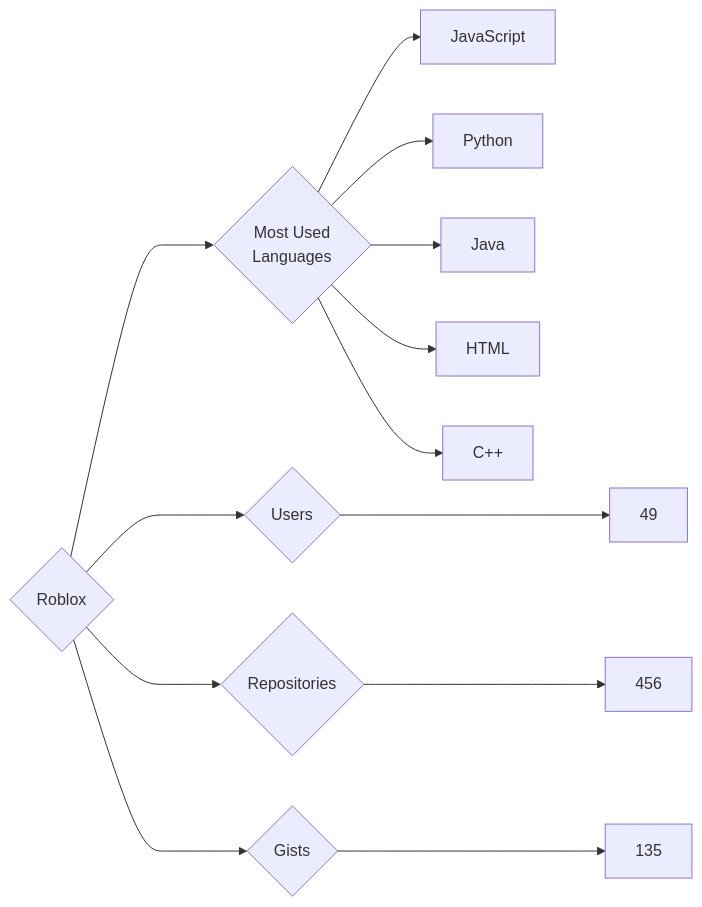
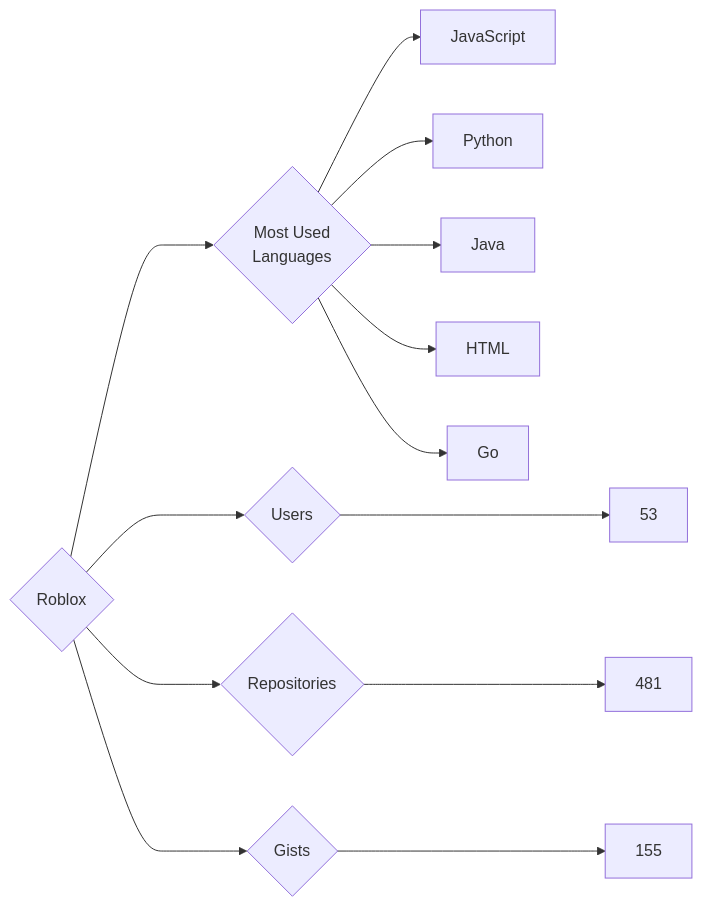
One commit to trickest/insiders changed the diagram in targets/Roblox/README.md. Above: the diagram before and after it, drawn with Mermaid. The commit also changed 814 other files, not shown here.

````diff
--- a/targets/Roblox/README.md
+++ b/targets/Roblox/README.md
@@ -3,13 +3,13 @@
 ```mermaid
 graph LR
 COMPANY_NAME{Roblox}
-COMPANY_NAME ---> U{Users} ---> UN[49]
-COMPANY_NAME ---> R{Repositories} ---> RN[456]
-COMPANY_NAME ---> G{Gists} ---> GN[135]
+COMPANY_NAME ---> U{Users} ---> UN[53]
+COMPANY_NAME ---> R{Repositories} ---> RN[481]
+COMPANY_NAME ---> G{Gists} ---> GN[155]
 COMPANY_NAME ---> ML{Most Used<br>Languages}
 ML --> JavaScript[JavaScript]
 ML --> Python[Python]
 ML --> Java[Java]
 ML --> HTML[HTML]
-ML --> C++[C++]
+ML --> Go[Go]
 ```
````
